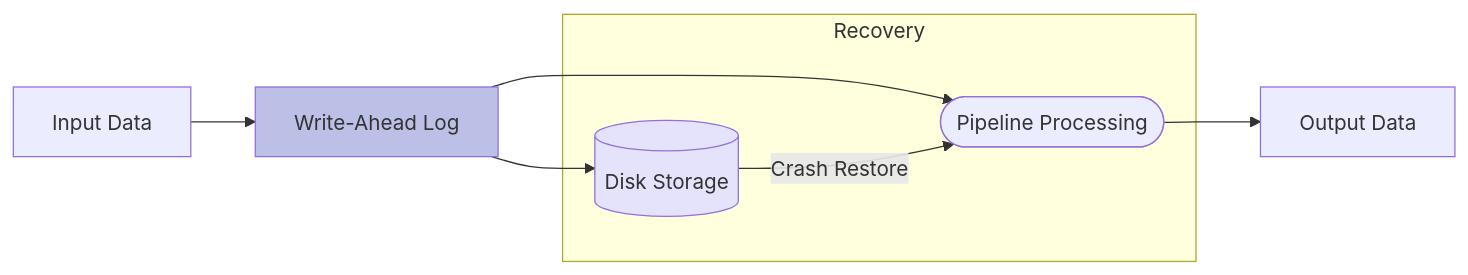
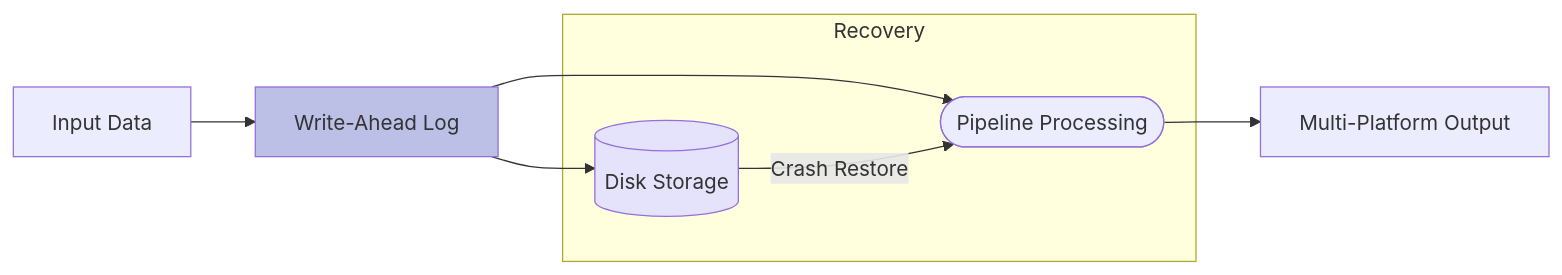
Before and after one commit to VirtualMetric/virtualmetric-docs: the fourth of 8 diagrams in docs/about/key-features.mdx, drawn with Mermaid. The commit also changed other lines of this file and 9 other files, not shown here.

````diff
--- a/docs/about/key-features.mdx
+++ b/docs/about/key-features.mdx
@@ -109,14 +149,14 @@
 ```mermaid
 flowchart LR
     Input[Input Data] --> WAL[Write-Ahead Log]
     WAL --> Disk[(Disk Storage)]
     WAL --> Pipeline([Pipeline Processing])
-    Pipeline --> Output[Output Data]
+    Pipeline --> Output[Multi-Platform Output]
     
     subgraph Recovery
         Disk --> |Crash Restore| Pipeline
     end
     
     style WAL fill:#BCC0E7
     style Disk fill:#E5E2FB
 ```
````
